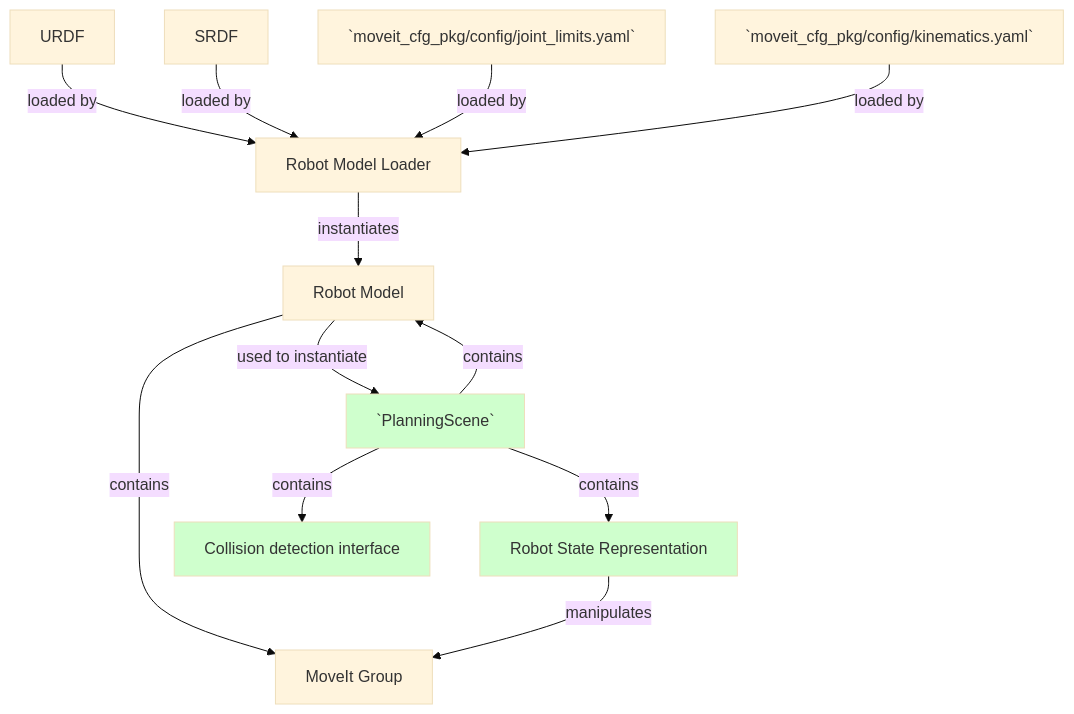
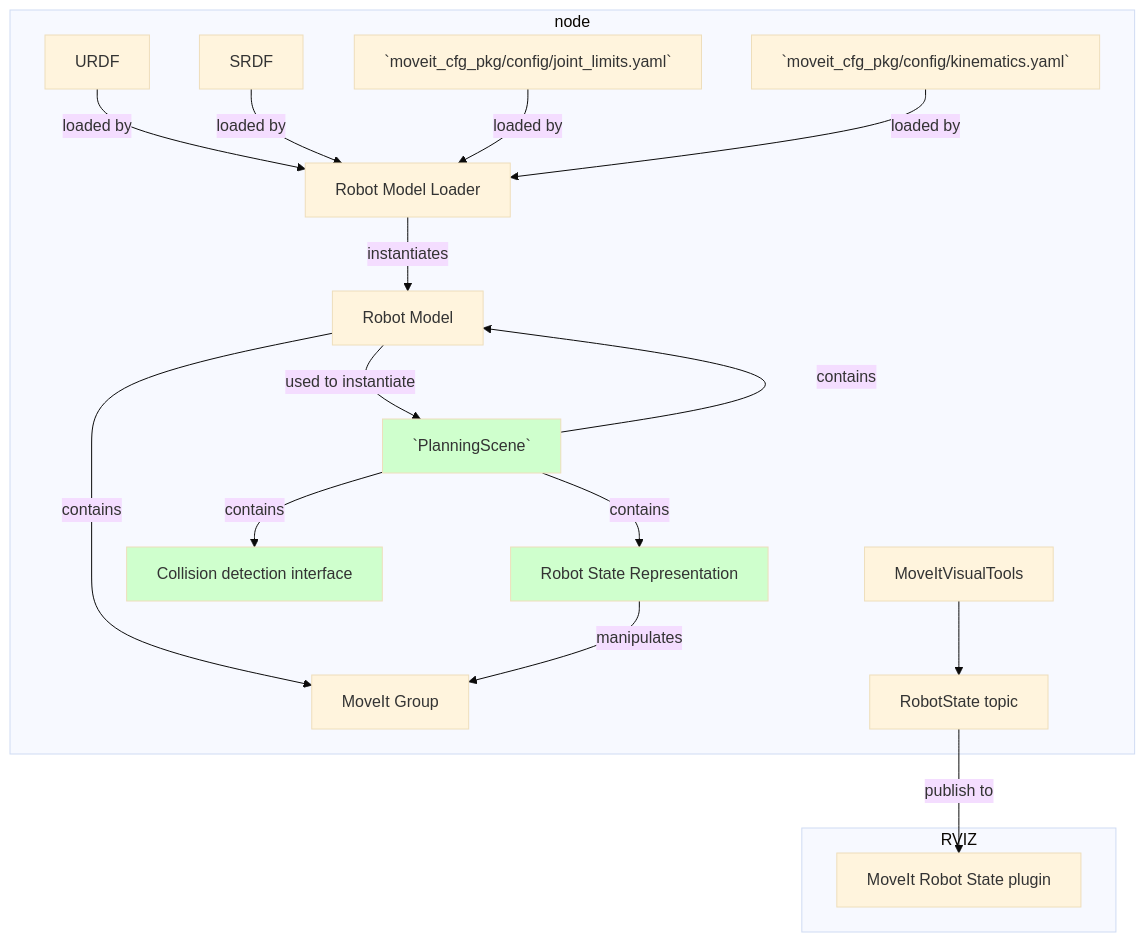
The diagram in 05_moveit_visual_tools/src/a_show_robot_state/readme.md (rafaelrojasmiliani/moveit_tutorial), drawn with Mermaid (base theme) before and after one commit.

````diff
--- a/05_moveit_visual_tools/src/a_show_robot_state/readme.md
+++ b/05_moveit_visual_tools/src/a_show_robot_state/readme.md
@@ -88,17 +88,24 @@
 ```mermaid
 graph TD;
-    URDF -- loaded by --> RML[Robot Model Loader];
-    SRDF -- loaded by --> RML;
-    J[`moveit_cfg_pkg/config/joint_limits.yaml`] -- loaded by --> RML;
-    K[`moveit_cfg_pkg/config/kinematics.yaml`] -- loaded by --> RML;
-    RML -- instantiates --> RM[Robot Model];
-    RM -- contains --> MG[MoveIt Group];
-    PS[`PlanningScene`] -- contains --> RM;
-    RM -- used to instantiate --> PS;
-    PS -- contains --> RS[Robot State Representation];
-    PS -- contains --> CD[Collision detection interface];
-    RS -- manipulates --> MG;
-    style PS fill:#CFFFCD;
-    style RS fill:#CFFFCD;
-    style CD fill:#CFFFCD;
+    subgraph node
+        URDF -- loaded by --> RML[Robot Model Loader];
+        SRDF -- loaded by --> RML;
+        J[`moveit_cfg_pkg/config/joint_limits.yaml`] -- loaded by --> RML;
+        K[`moveit_cfg_pkg/config/kinematics.yaml`] -- loaded by --> RML;
+        RML -- instantiates --> RM[Robot Model];
+        RM -- contains --> MG[MoveIt Group];
+        PS[`PlanningScene`] -- contains --> RM;
+        RM -- used to instantiate --> PS;
+        PS -- contains --> RS[Robot State Representation];
+        PS -- contains --> CD[Collision detection interface];
+        RS -- manipulates --> MG;
+        style PS fill:#CFFFCD;
+        style RS fill:#CFFFCD;
+        style CD fill:#CFFFCD;
+        MVS[MoveItVisualTools] --> RST[RobotState topic];
+    end
+    subgraph RVIZ
+        MRSP[MoveIt Robot State plugin];
+    end
+    RST -- publish to --> MRSP;
 ```
````
